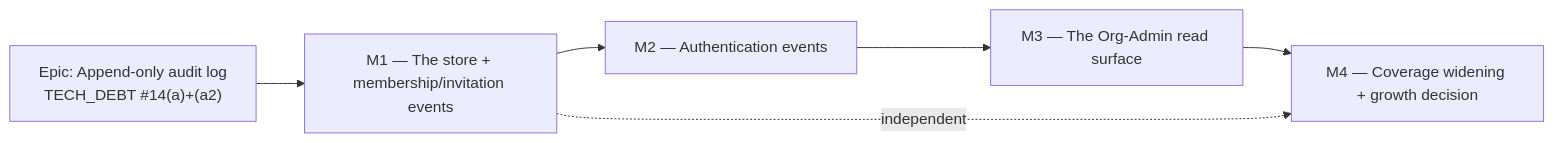
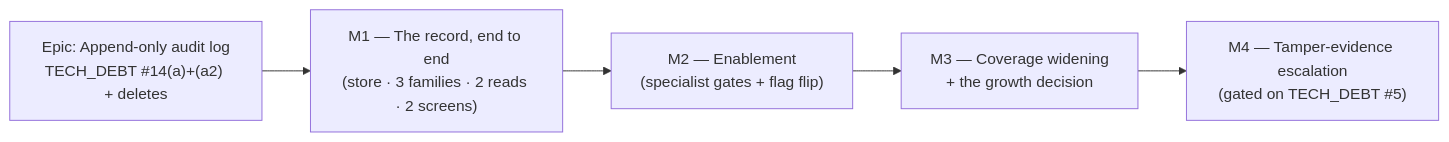
Before and after one commit to HuttonHomeHub/SchedulePoint_1: the diagram in docs/specs/audit-log/implementation-plan.md, drawn with Mermaid. The commit also changed other lines of this file and 4 other files, not shown here.

First line of the commit message:
feat(api): add the audit:read permission, granted to Org Admin only

````diff
--- a/docs/specs/audit-log/implementation-plan.md
+++ b/docs/specs/audit-log/implementation-plan.md
@@ -16,9 +24,8 @@
 ```mermaid
 flowchart LR
-  E["Epic: Append-only audit log<br/>TECH_DEBT #14(a)+(a2)"]
-  E --> M1["M1 — The store + membership/invitation events"]
-  M1 --> M2["M2 — Authentication events"]
-  M2 --> M3["M3 — The Org-Admin read surface"]
-  M3 --> M4["M4 — Coverage widening + growth decision"]
-  M1 -.->|"independent"| M4
+  E["Epic: Append-only audit log<br/>TECH_DEBT #14(a)+(a2) + deletes"]
+  E --> M1["M1 — The record, end to end<br/>(store · 3 families · 2 reads · 2 screens)"]
+  M1 --> M2["M2 — Enablement<br/>(specialist gates + flag flip)"]
+  M2 --> M3["M3 — Coverage widening<br/>+ the growth decision"]
+  M3 --> M4["M4 — Tamper-evidence escalation<br/>(gated on TECH_DEBT #5)"]
 ```
````
